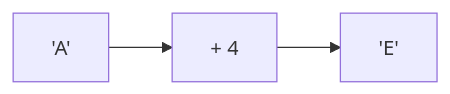
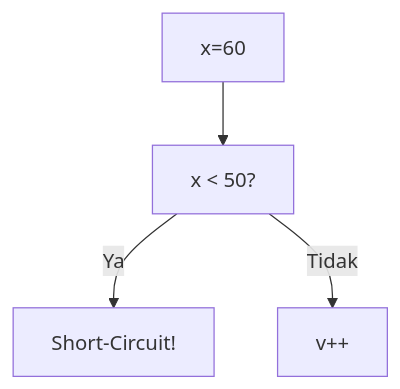
One commit to amnahwaida/OSNK_INF_PREP changed the seventh of 25 diagrams in part-c-pemahaman-cpp/02-percabangan/latihan/set-12.md. Above: the diagram before and after it, drawn with Mermaid. The commit also changed other lines of this file and 71 other files, not shown here.

````diff
--- a/part-c-pemahaman-cpp/02-percabangan/latihan/set-12.md
+++ b/part-c-pemahaman-cpp/02-percabangan/latihan/set-12.md
@@ -177,5 +193,6 @@
 ```mermaid
-graph LR
-A["'A'"] --> B["+ 4"]
-B --> C["'E'"]
+graph TD
+A["x=60"] --> B["x < 50?"]
+B -- Ya --> C["Short-Circuit!"]
+B -- Tidak --> D["v++"]
 ```
````
